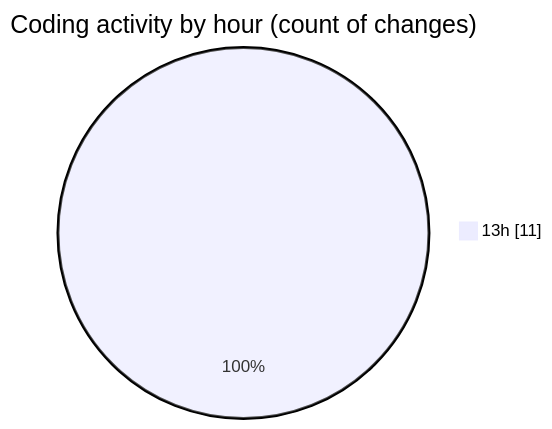
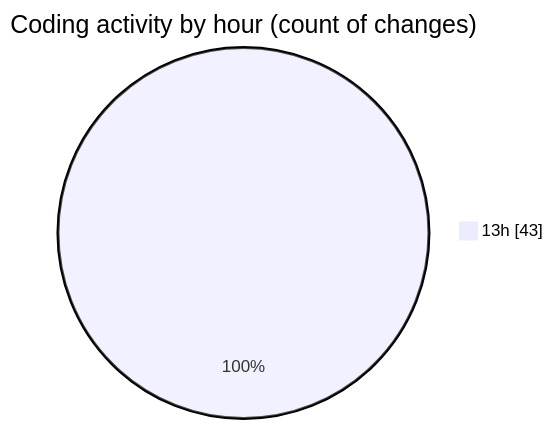
The second of 2 diagrams in 2025-10-04/untitled__workspace_/README.md (MatusMokan/code-tracking), drawn with Mermaid before and after one commit. The commit also changed other lines of this file and 1 other file, not shown here.

````diff
--- a/2025-10-04/untitled__workspace_/README.md
+++ b/2025-10-04/untitled__workspace_/README.md
@@ -33,5 +44,5 @@
 ```mermaid
 pie showData
 title Coding activity by hour (count of changes)
-"13h" : 11
+"13h" : 43
 ```
````
